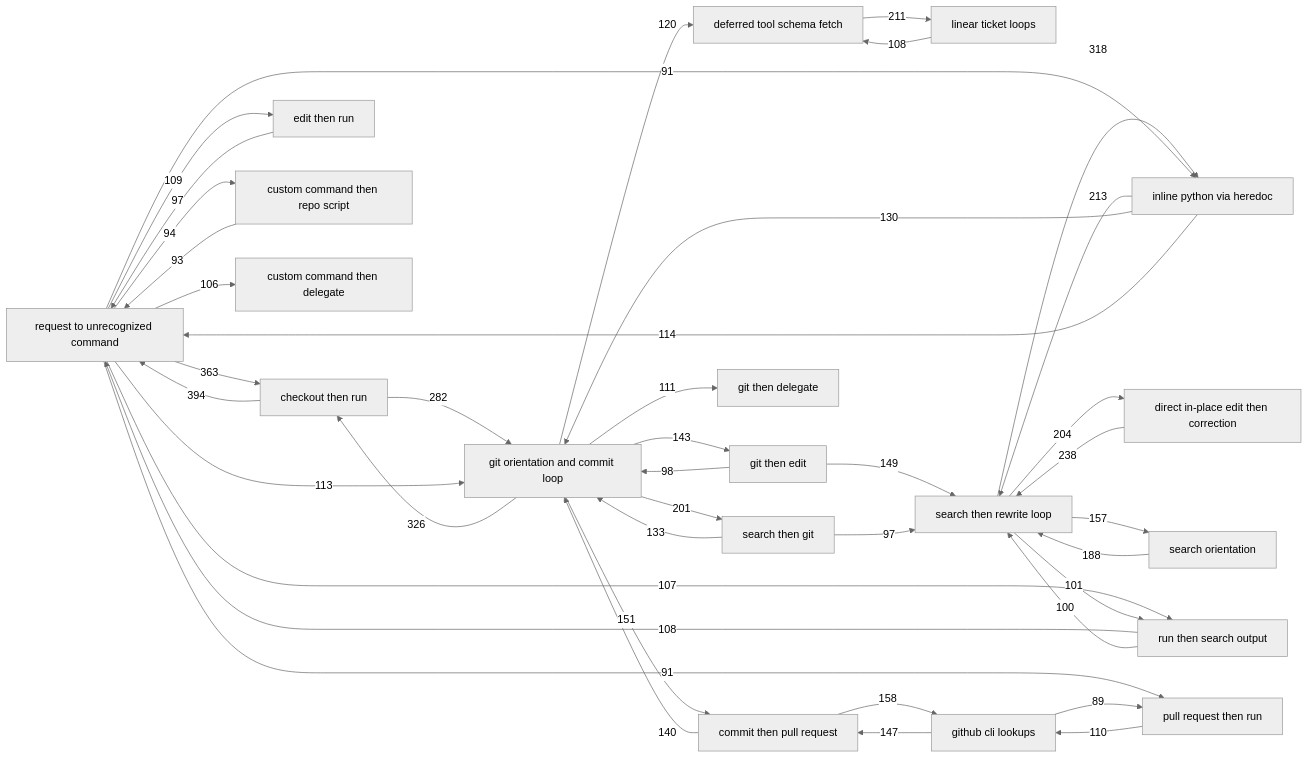
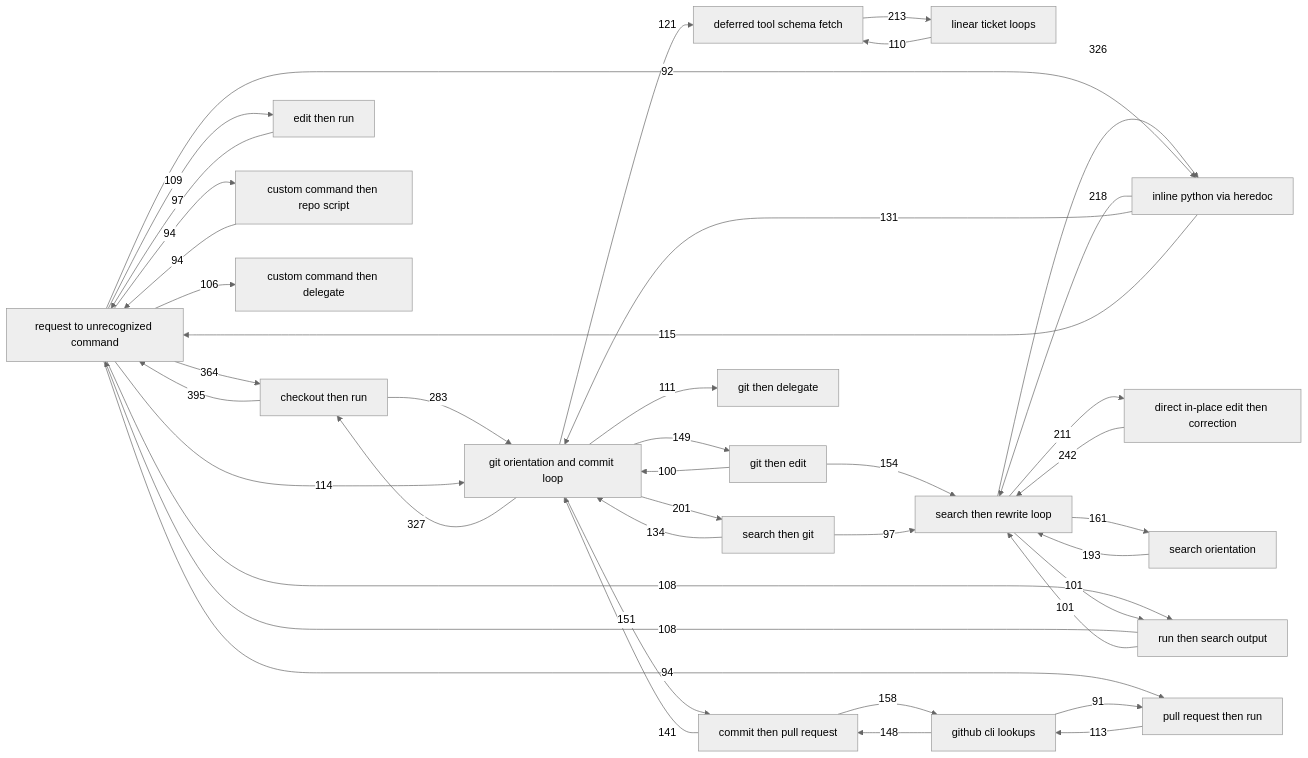
The diagram in candidates.md (aidanff/comb), drawn with Mermaid (neutral theme) before and after one commit. The commit also changed other lines of this file and 2 other files, not shown here.

````diff
--- a/candidates.md
+++ b/candidates.md
@@ -462,62 +465,62 @@
 ```mermaid
 graph LR
   N001["deferred tool schema fetch"]
   N002["request to unrecognized command"]
   N003["git orientation and commit loop"]
   N004["linear ticket loops"]
   N006["inline python via heredoc"]
   N007["search then rewrite loop"]
   N009["checkout then run"]
   N010["direct in-place edit then correction"]
   N012["search orientation"]
   N014["edit then run"]
   N015["github cli lookups"]
   N016["run then search output"]
   N017["git then edit"]
   N019["commit then pull request"]
   N020["custom command then repo script"]
   N023["pull request then run"]
   N028["search then git"]
   N029["custom command then delegate"]
   N037["git then delegate"]
-  N009 -->|394| N002
-  N002 -->|363| N009
-  N003 -->|326| N009
-  N007 -->|318| N006
-  N009 -->|282| N003
-  N010 -->|238| N007
-  N006 -->|213| N007
-  N001 -->|211| N004
-  N007 -->|204| N010
+  N009 -->|395| N002
+  N002 -->|364| N009
+  N003 -->|327| N009
+  N007 -->|326| N006
+  N009 -->|283| N003
+  N010 -->|242| N007
+  N006 -->|218| N007
+  N001 -->|213| N004
+  N007 -->|211| N010
   N003 -->|201| N028
-  N012 -->|188| N007
+  N012 -->|193| N007
+  N007 -->|161| N012
   N019 -->|158| N015
-  N007 -->|157| N012
+  N017 -->|154| N007
   N003 -->|151| N019
-  N017 -->|149| N007
-  N015 -->|147| N019
-  N003 -->|143| N017
-  N019 -->|140| N003
-  N028 -->|133| N003
-  N006 -->|130| N003
-  N003 -->|120| N001
-  N006 -->|114| N002
-  N002 -->|113| N003
+  N003 -->|149| N017
+  N015 -->|148| N019
+  N019 -->|141| N003
+  N028 -->|134| N003
+  N006 -->|131| N003
+  N003 -->|121| N001
+  N006 -->|115| N002
+  N002 -->|114| N003
+  N023 -->|113| N015
   N003 -->|111| N037
-  N023 -->|110| N015
+  N004 -->|110| N001
   N002 -->|109| N014
-  N004 -->|108| N001
+  N002 -->|108| N016
   N016 -->|108| N002
-  N002 -->|107| N016
   N002 -->|106| N029
   N007 -->|101| N016
-  N016 -->|100| N007
-  N017 -->|98| N003
+  N016 -->|101| N007
+  N017 -->|100| N003
   N014 -->|97| N002
   N028 -->|97| N007
+  N002 -->|94| N023
   N002 -->|94| N020
-  N020 -->|93| N002
-  N002 -->|91| N023
-  N002 -->|91| N006
-  N015 -->|89| N023
+  N020 -->|94| N002
+  N002 -->|92| N006
+  N015 -->|91| N023
 ```
````
